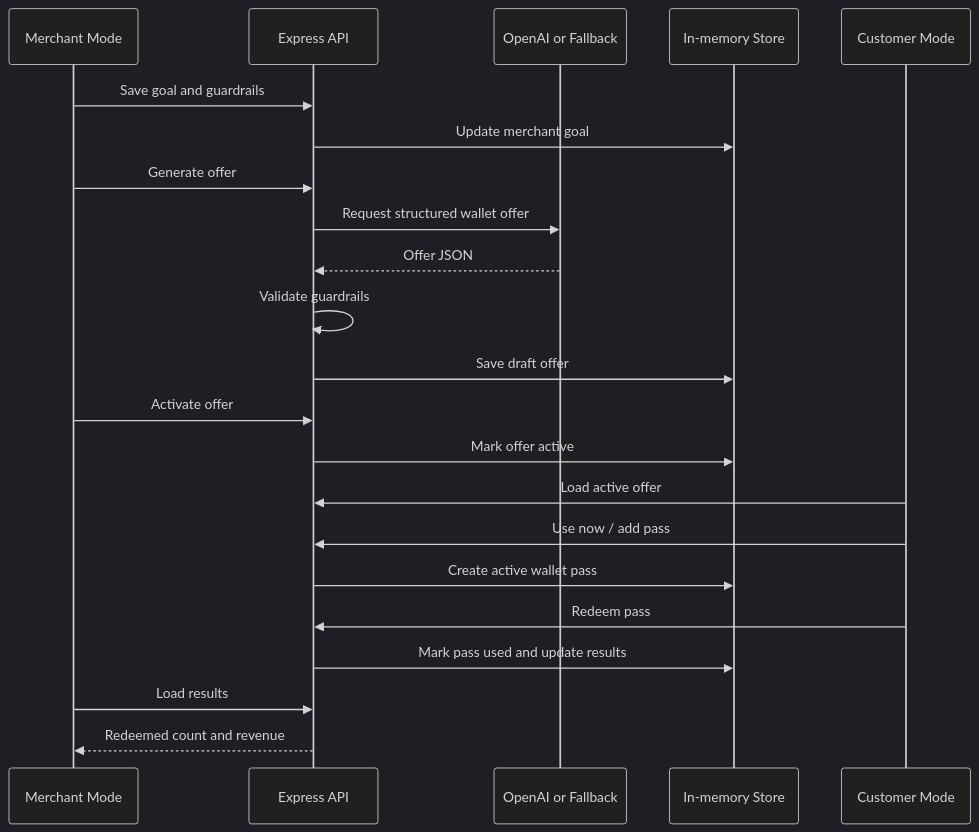
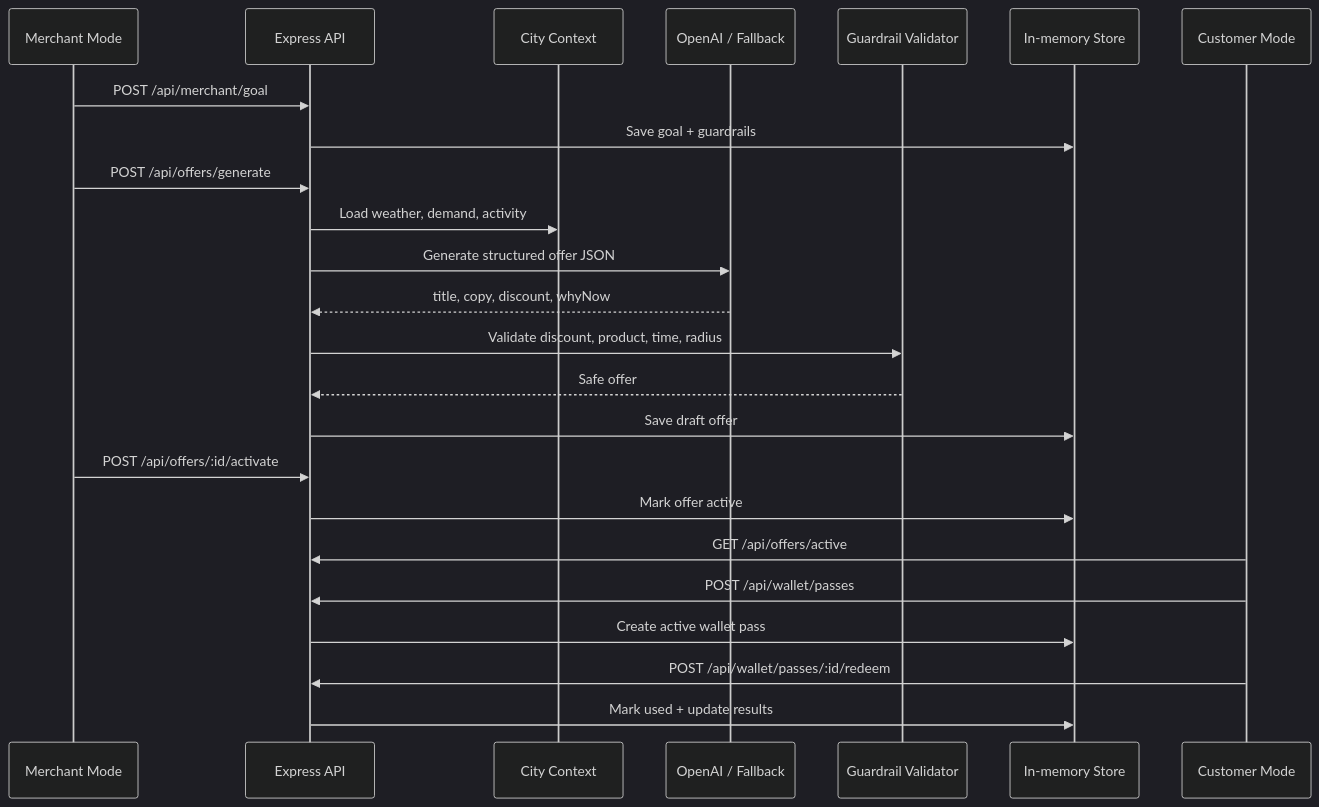
The third of 3 diagrams in README.md (huiwenxue122/CityPulse-Wallet), drawn with Mermaid (dark theme) before and after one commit. The commit also changed other lines of this file, not shown here.

First line of the commit message:
Split README architecture diagrams

````diff
--- a/README.md
+++ b/README.md
@@ -211,25 +218,27 @@
 ```mermaid
 sequenceDiagram
   participant Merchant as Merchant Mode
   participant API as Express API
-  participant AI as OpenAI or Fallback
+  participant Context as City Context
+  participant LLM as OpenAI / Fallback
+  participant Guardrails as Guardrail Validator
   participant Store as In-memory Store
   participant Customer as Customer Mode
 
-  Merchant->>API: Save goal and guardrails
-  API->>Store: Update merchant goal
-  Merchant->>API: Generate offer
-  API->>AI: Request structured wallet offer
-  AI-->>API: Offer JSON
-  API->>API: Validate guardrails
+  Merchant->>API: POST /api/merchant/goal
+  API->>Store: Save goal + guardrails
+  Merchant->>API: POST /api/offers/generate
+  API->>Context: Load weather, demand, activity
+  API->>LLM: Generate structured offer JSON
+  LLM-->>API: title, copy, discount, whyNow
+  API->>Guardrails: Validate discount, product, time, radius
+  Guardrails-->>API: Safe offer
   API->>Store: Save draft offer
-  Merchant->>API: Activate offer
+  Merchant->>API: POST /api/offers/:id/activate
   API->>Store: Mark offer active
-  Customer->>API: Load active offer
-  Customer->>API: Use now / add pass
+  Customer->>API: GET /api/offers/active
+  Customer->>API: POST /api/wallet/passes
   API->>Store: Create active wallet pass
-  Customer->>API: Redeem pass
-  API->>Store: Mark pass used and update results
-  Merchant->>API: Load results
-  API-->>Merchant: Redeemed count and revenue
+  Customer->>API: POST /api/wallet/passes/:id/redeem
+  API->>Store: Mark used + update results
 ```
````
